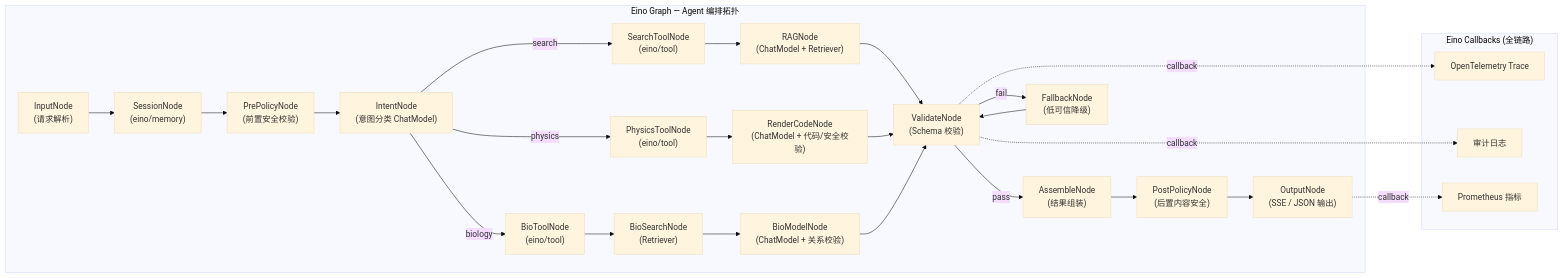
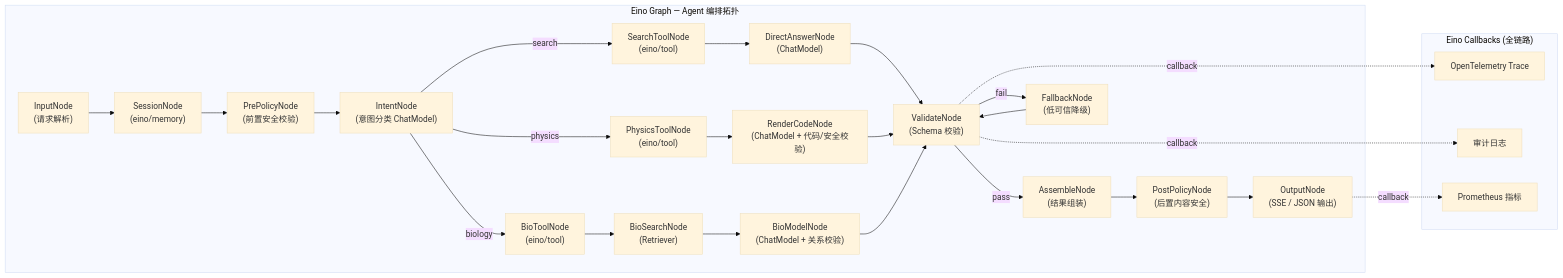
Before and after one commit to beihai0xff/snowy: the third of 3 diagrams in docs/tech-solution.md, drawn with Mermaid (base theme). The commit also changed other lines of this file and 26 other files, not shown here.

````diff
--- a/docs/tech-solution.md
+++ b/docs/tech-solution.md
@@ -860,41 +860,41 @@
 ```mermaid
 graph LR
     subgraph EinoGraph ["Eino Graph — Agent 编排拓扑"]
         Input["InputNode<br/>(请求解析)"]
         Session["SessionNode<br/>(eino/memory)"]
         Policy1["PrePolicyNode<br/>(前置安全校验)"]
         Intent["IntentNode<br/>(意图分类 ChatModel)"]
 
         Input --> Session --> Policy1 --> Intent
 
         Intent -->|"search"| ST["SearchToolNode<br/>(eino/tool)"]
         Intent -->|"physics"| PT["PhysicsToolNode<br/>(eino/tool)"]
         Intent -->|"biology"| BT["BioToolNode<br/>(eino/tool)"]
 
-        ST --> RAG["RAGNode<br/>(ChatModel + Retriever)"]
+        ST --> DirectAnswer["DirectAnswerNode<br/>(ChatModel)"]
         PT --> RenderCode["RenderCodeNode<br/>(ChatModel + 代码/安全校验)"]
         BT --> BioSearch["BioSearchNode<br/>(Retriever)"]
         BioSearch --> BioModel["BioModelNode<br/>(ChatModel + 关系校验)"]
 
-        RAG --> Validate["ValidateNode<br/>(Schema 校验)"]
+        DirectAnswer --> Validate["ValidateNode<br/>(Schema 校验)"]
         RenderCode --> Validate
         BioModel --> Validate
 
         Validate -->|"pass"| Assemble["AssembleNode<br/>(结果组装)"]
         Validate -->|"fail"| Fallback["FallbackNode<br/>(低可信降级)"]
         Fallback --> Validate
 
         Assemble --> Policy2["PostPolicyNode<br/>(后置内容安全)"]
         Policy2 --> Output["OutputNode<br/>(SSE / JSON 输出)"]
     end
 
     subgraph Callbacks ["Eino Callbacks (全链路)"]
         OTel["OpenTelemetry Trace"]
         AuditLog["审计日志"]
         Metrics["Prometheus 指标"]
     end
 
     Validate -.->|"callback"| OTel
     Validate -.->|"callback"| AuditLog
     Output -.->|"callback"| Metrics
 ```
````
